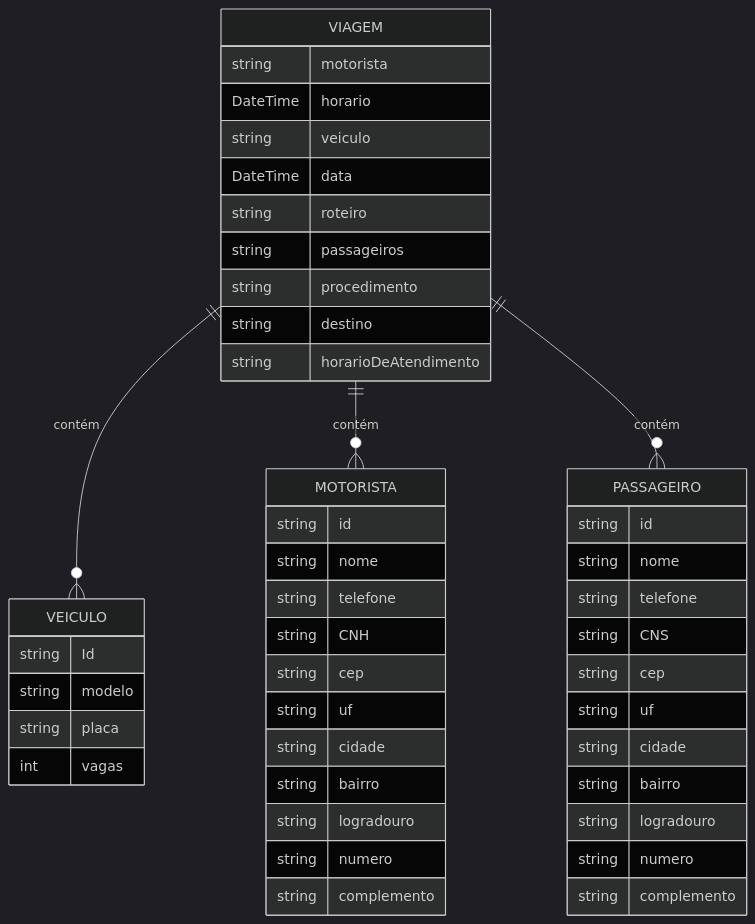
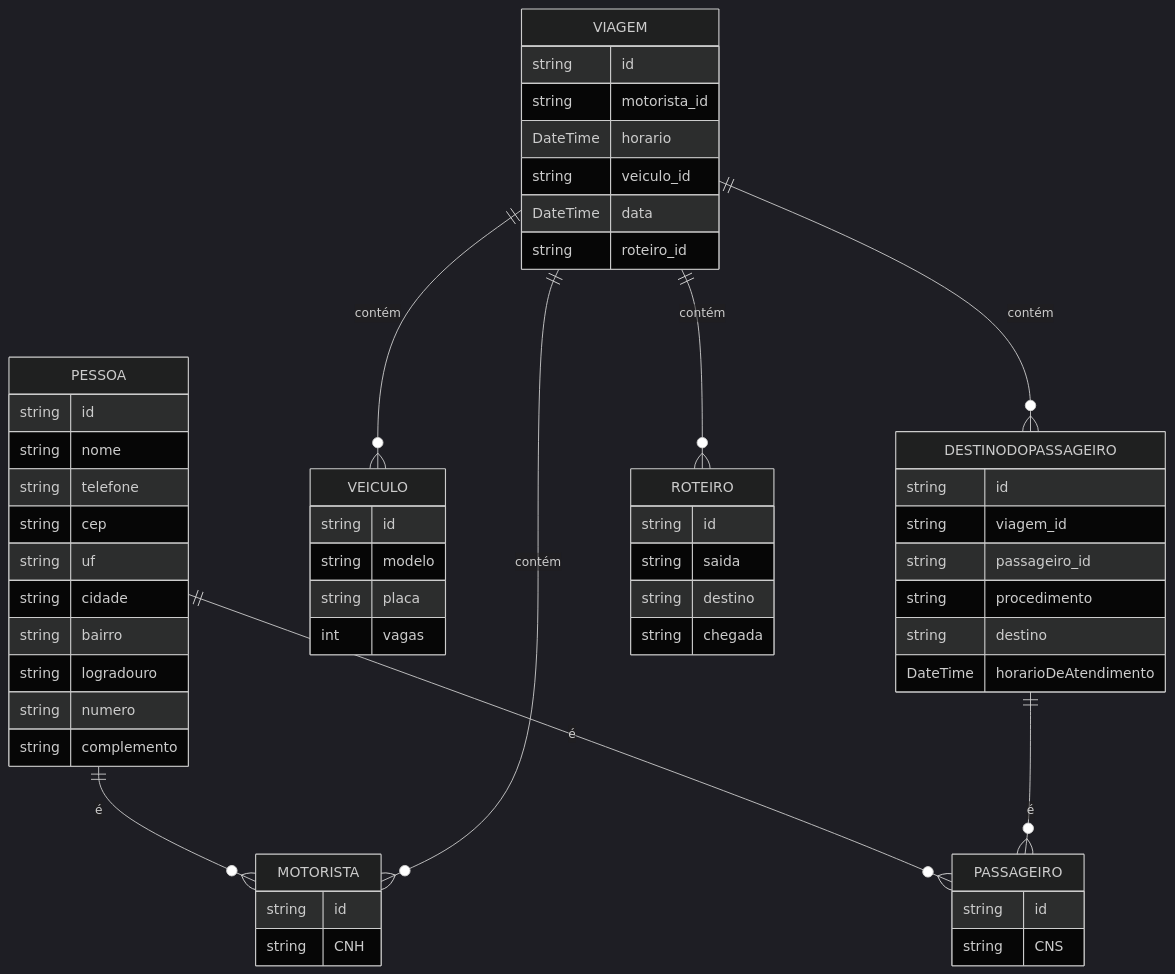
One commit to KleitonMQ/CONTRAVI changed the second of 2 diagrams in README.md. Above: the diagram before and after it, drawn with Mermaid (dark theme). The commit also changed other lines of this file, not shown here.

Commit message:
Att: readme - diagrama ER

````diff
--- a/README.md
+++ b/README.md
@@ -74,53 +74,66 @@
 ```mermaid
 erDiagram
-    MOTORISTA {
+    PESSOA {
         string id
         string nome
         string telefone
-        string CNH
         string cep
         string uf
         string cidade
         string bairro
         string logradouro
         string numero
         string complemento
     }
 
+    MOTORISTA {
+        string id
+        string CNH
+    }
+
     PASSAGEIRO {
         string id
-        string nome
-        string telefone
         string CNS
-        string cep
-        string uf
-        string cidade
-        string bairro
-        string logradouro
-        string numero
-        string complemento
     }
 
     VEICULO {
-        string Id
+        string id
         string modelo
         string placa
         int vagas
     }
 
     VIAGEM {
-        string motorista
+        string id
+        string motorista_id
         DateTime horario
-        string veiculo
+        string veiculo_id
         DateTime data
-        string roteiro
-        string passageiros
+        string roteiro_id
+    }
+
+    DESTINODOPASSAGEIRO {
+        string id
+        string viagem_id
+        string passageiro_id
         string procedimento
         string destino
-        string horarioDeAtendimento
+        DateTime horarioDeAtendimento
     }
 
+    ROTEIRO {
+        string id
+        string saida
+        string destino
+        string chegada
+    }
+
+    PESSOA ||--o{ MOTORISTA : "é"
+    PESSOA ||--o{ PASSAGEIRO : "é"
     VIAGEM ||--o{ VEICULO : "contém"
     VIAGEM ||--o{ MOTORISTA : "contém"
-    VIAGEM ||--o{ PASSAGEIRO : "contém"
+    VIAGEM ||--o{ ROTEIRO : "contém"
+    VIAGEM ||--o{ DESTINODOPASSAGEIRO : "contém"
+    DESTINODOPASSAGEIRO ||--o{ PASSAGEIRO : "é"
+
 ```
````
